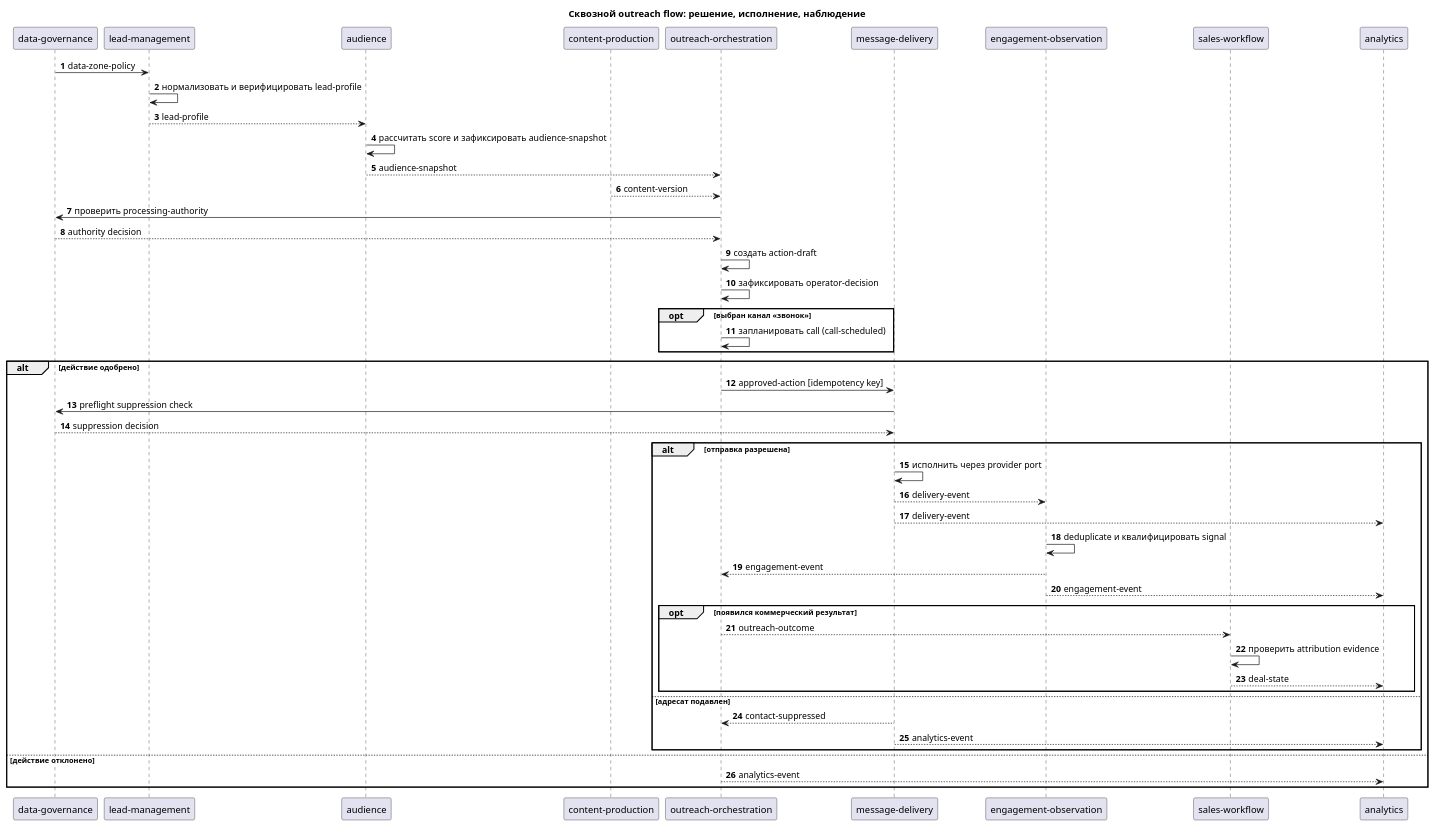
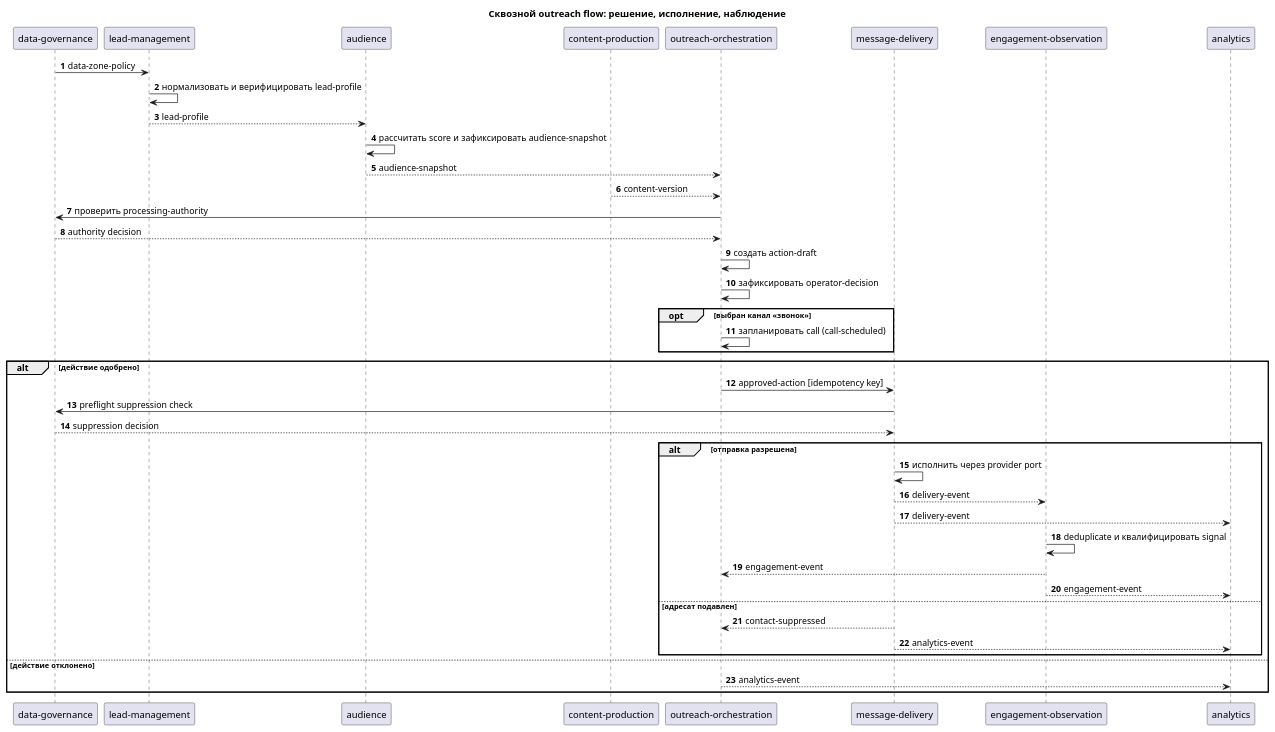
The diagram in architecture/diagrams/outreach-flow.puml (kegazani/lead-gen), drawn with PlantUML before and after one commit. The commit also changed 717 other files, not shown here.

```diff
--- a/architecture/diagrams/outreach-flow.puml
+++ b/architecture/diagrams/outreach-flow.puml
@@ -1,62 +1,55 @@
 @startuml outreach-flow
 title Сквозной outreach flow: решение, исполнение, наблюдение
 autonumber
 skinparam shadowing false
 
 participant "data-governance" as Governance
 participant "lead-management" as Leads
 participant "audience" as Audience
 participant "content-production" as Content
 participant "outreach-orchestration" as Outreach
 participant "message-delivery" as Delivery
 participant "engagement-observation" as Engagement
-participant "sales-workflow" as Sales
 participant "analytics" as Analytics
 
 Governance -> Leads : data-zone-policy
 Leads -> Leads : нормализовать и верифицировать lead-profile
 Leads --> Audience : lead-profile
 Audience -> Audience : рассчитать score и зафиксировать audience-snapshot
 Audience --> Outreach : audience-snapshot
 Content --> Outreach : content-version
 Outreach -> Governance : проверить processing-authority
 Governance --> Outreach : authority decision
 Outreach -> Outreach : создать action-draft
 Outreach -> Outreach : зафиксировать operator-decision
 opt выбран канал «звонок»
   Outreach -> Outreach : запланировать call (call-scheduled)
 end
 alt действие одобрено
   Outreach -> Delivery : approved-action [idempotency key]
   Delivery -> Governance : preflight suppression check
   Governance --> Delivery : suppression decision
   alt отправка разрешена
     Delivery -> Delivery : исполнить через provider port
     Delivery --> Engagement : delivery-event
     Delivery --> Analytics : delivery-event
     Engagement -> Engagement : deduplicate и квалифицировать signal
     Engagement --> Outreach : engagement-event
     Engagement --> Analytics : engagement-event
-    opt появился коммерческий результат
-      Outreach --> Sales : outreach-outcome
-      Sales -> Sales : проверить attribution evidence
-      Sales --> Analytics : deal-state
-    end
   else адресат подавлен
     Delivery --> Outreach : contact-suppressed
     Delivery --> Analytics : analytics-event
   end
 else действие отклонено
   Outreach --> Analytics : analytics-event
 end
 
 ' CTX:data-governance
 ' CTX:lead-management
 ' CTX:audience
 ' CTX:content-production
 ' CTX:outreach-orchestration
 ' CTX:message-delivery
 ' CTX:engagement-observation
-' CTX:sales-workflow
 ' CTX:analytics
 @enduml
```
